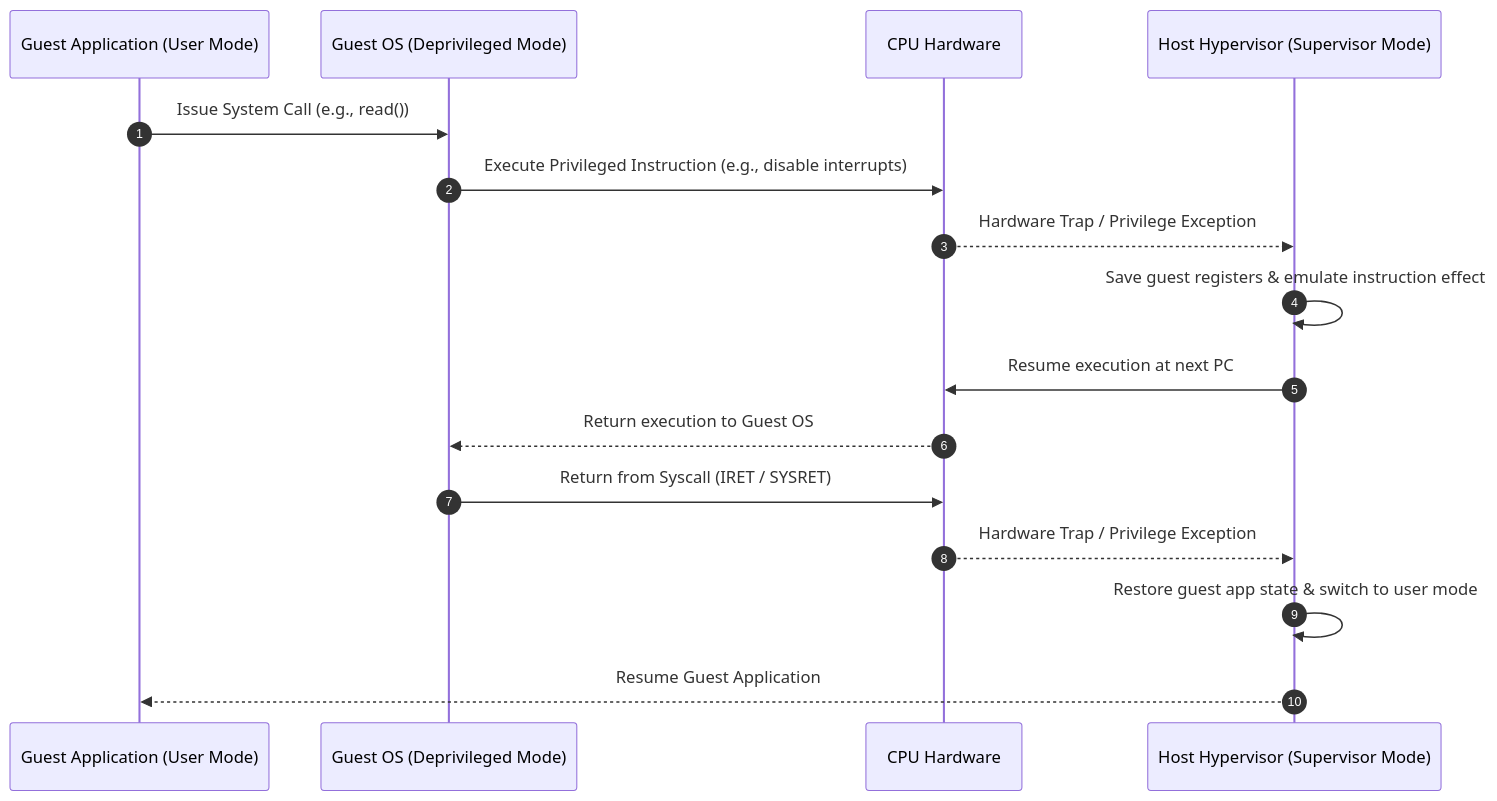
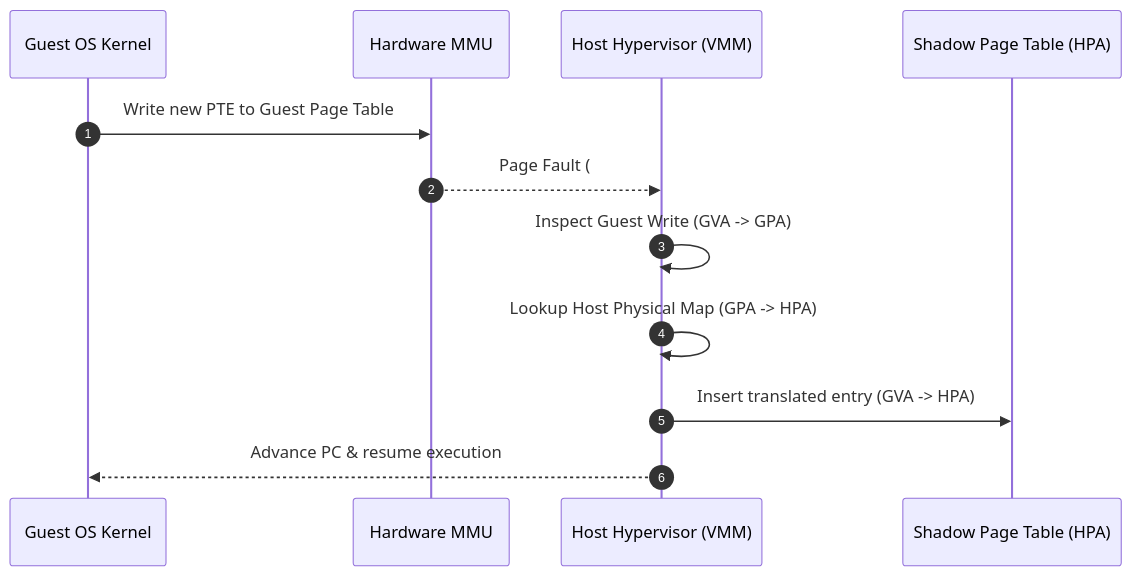
The fifth of 7 diagrams in Datacenter Systems/Virtual Machines.md (JTovalin10/uw-cse-notes), drawn with Mermaid before and after one commit. The commit also changed other lines of this file and 23 other files, not shown here.

````diff
--- a/Datacenter Systems/Virtual Machines.md
+++ b/Datacenter Systems/Virtual Machines.md
@@ -62,19 +197,15 @@
 ```mermaid
 sequenceDiagram
     autonumber
-    participant GApp as Guest Application (User Mode)
-    participant GOS as Guest OS (Deprivileged Mode)
-    participant HW as CPU Hardware
-    participant VMM as Host Hypervisor (Supervisor Mode)
+    participant GOS as Guest OS Kernel
+    participant MMU as Hardware MMU
+    participant VMM as Host Hypervisor (VMM)
+    participant SPT as Shadow Page Table (HPA)
 
-    GApp->>GOS: Issue System Call (e.g., read())
-    GOS->>HW: Execute Privileged Instruction (e.g., disable interrupts)
-    HW-->>VMM: Hardware Trap / Privilege Exception
-    VMM->>VMM: Save guest registers & emulate instruction effect
-    VMM->>HW: Resume execution at next PC
-    HW-->>GOS: Return execution to Guest OS
-    GOS->>HW: Return from Syscall (IRET / SYSRET)
-    HW-->>VMM: Hardware Trap / Privilege Exception
-    VMM->>VMM: Restore guest app state & switch to user mode
-    VMM-->>GApp: Resume Guest Application
+    GOS->>MMU: Write new PTE to Guest Page Table
+    MMU-->>VMM: Page Fault (#PF) - Guest Page is Write-Protected
+    VMM->>VMM: Inspect Guest Write (GVA -> GPA)
+    VMM->>VMM: Lookup Host Physical Map (GPA -> HPA)
+    VMM->>SPT: Insert translated entry (GVA -> HPA)
+    VMM-->>GOS: Advance PC & resume execution
 ```
````
